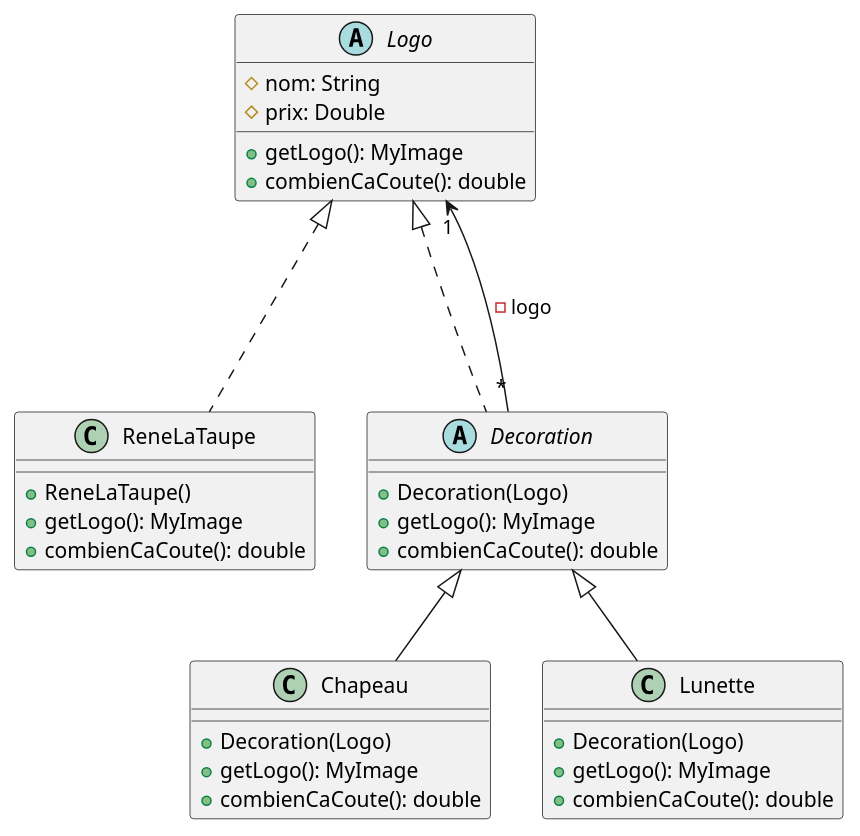
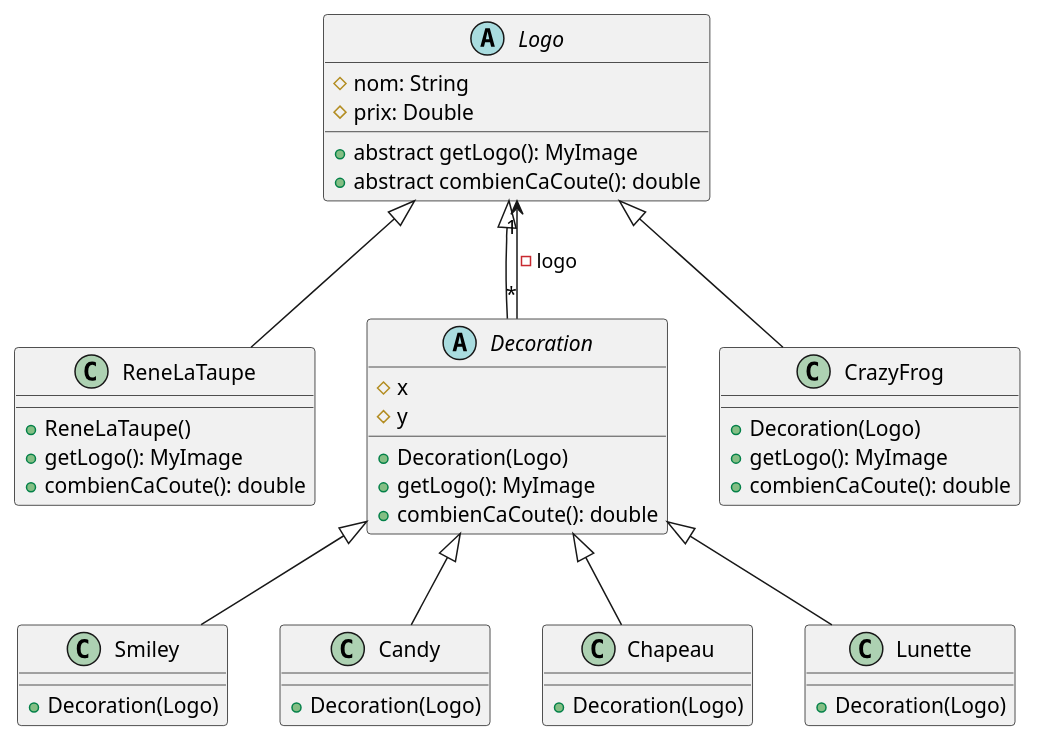
The diagram in diagrame/diagrame rené.puml (the-exercise-iut-charlemage/CPOA-TD4-BIN1), drawn with PlantUML before and after one commit.

Commit message:
modif uml

```diff
--- a/diagrame/diagrame rené.puml
+++ b/diagrame/diagrame rené.puml
@@ -1,36 +1,48 @@
 @startuml
 
 abstract Logo {
     # nom: String
     # prix: Double
-    + getLogo(): MyImage
-    + combienCaCoute(): double
+    + abstract getLogo(): MyImage
+    + abstract combienCaCoute(): double
 }
 class ReneLaTaupe {
     + ReneLaTaupe()
     + getLogo(): MyImage
     + combienCaCoute(): double
 }
 abstract class Decoration {
+    # x
+    # y
+    + Decoration(Logo)
+    + getLogo(): MyImage
+    + combienCaCoute(): double
+}
+class Smiley {
+    + Decoration(Logo)
+}
+class Candy {
+    + Decoration(Logo)
+}
+class CrazyFrog {
     + Decoration(Logo)
     + getLogo(): MyImage
     + combienCaCoute(): double
 }
 class Chapeau {
     + Decoration(Logo)
-    + getLogo(): MyImage
-    + combienCaCoute(): double
 }
 class Lunette {
     + Decoration(Logo)
-    + getLogo(): MyImage
-    + combienCaCoute(): double
 }
 
-Logo <|.-- ReneLaTaupe
-Logo <|.-- Decoration
+Logo <|-- ReneLaTaupe
+Logo <|-- CrazyFrog
+Logo <|-- Decoration
 Decoration <|-- Chapeau
+Decoration <|-- Smiley
+Decoration <|-- Candy
 Decoration <|-- Lunette
 Decoration "*" --> "1" Logo: - logo
 
 @enduml
```
